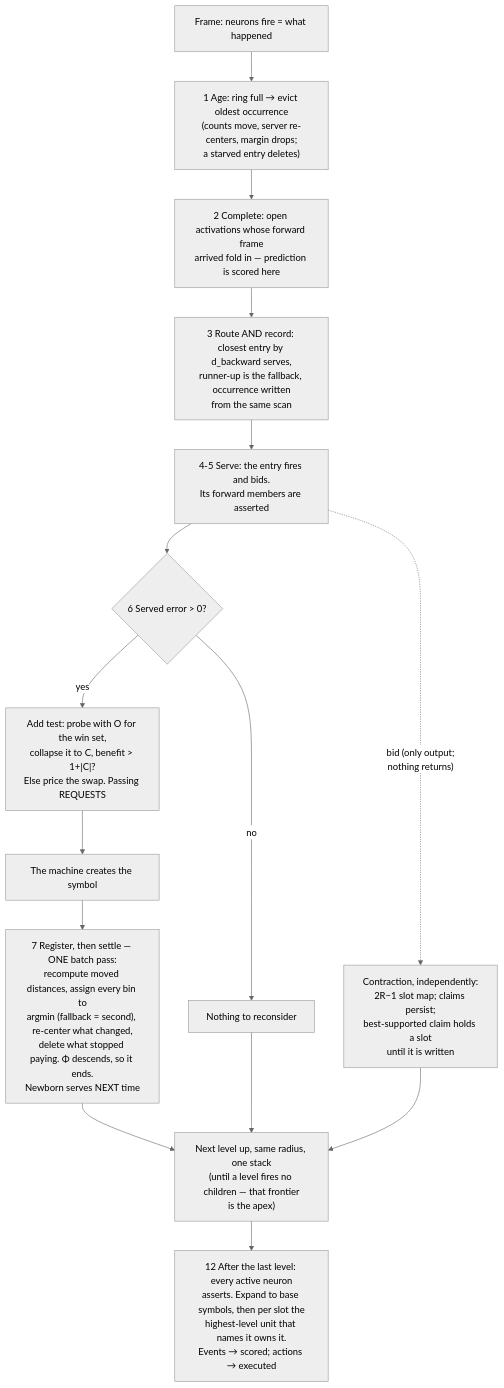
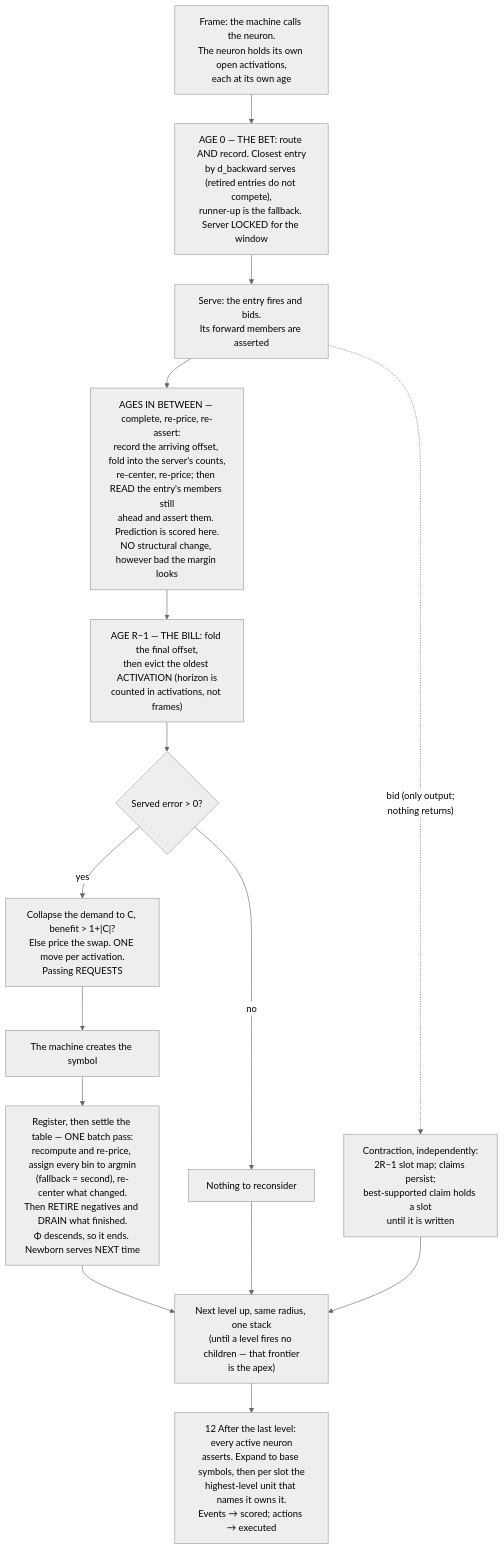
Before and after one commit to cucar/robot_brain: the diagram in docs/algorithm.md, drawn with Mermaid (neutral theme). The commit also changed other lines of this file, not shown here.

First line of the commit message:
docs: priced continuously, restructured at the bill

````diff
--- a/docs/algorithm.md
+++ b/docs/algorithm.md
@@ -940,17 +1066,17 @@
 ```mermaid
 flowchart TD
-    A["Frame: neurons fire = what happened"] --> B["1 Age: ring full → evict oldest occurrence<br/>(counts move, server re-centers, margin drops;<br/>a starved entry deletes)"]
-    B --> C["2 Complete: open activations whose forward frame<br/>arrived fold in — prediction is scored here"]
-    C --> D["3 Route AND record: closest entry by d_backward serves,<br/>runner-up is the fallback, occurrence written<br/>from the same scan"]
-    D --> E["4-5 Serve: the entry fires and bids.<br/>Its forward members are asserted"]
+    A["Frame: the machine calls the neuron.<br/>The neuron holds its own open activations,<br/>each at its own age"] --> D["AGE 0 — THE BET: route AND record. Closest entry<br/>by d_backward serves (retired entries do not compete),<br/>runner-up is the fallback. Server LOCKED for the window"]
+    D --> E["Serve: the entry fires and bids.<br/>Its forward members are asserted"]
     E -.->|"bid (only output;<br/>nothing returns)"| X["Contraction, independently:<br/>2R−1 slot map; claims persist;<br/>best-supported claim holds a slot<br/>until it is written"]
-    E --> L{"6 Served error > 0?"}
-    L -->|yes| M["Add test: probe with O for the win set,<br/>collapse it to C, benefit > 1+|C|?<br/>Else price the swap. Passing REQUESTS"]
+    E --> C["AGES IN BETWEEN — complete, re-price, re-assert:<br/>record the arriving offset, fold into the server's counts,<br/>re-center, re-price; then READ the entry's members still<br/>ahead and assert them. Prediction is scored here.<br/>NO structural change, however bad the margin looks"]
+    C --> B["AGE R−1 — THE BILL: fold the final offset,<br/>then evict the oldest ACTIVATION (horizon is<br/>counted in activations, not frames)"]
+    B --> L{"Served error > 0?"}
+    L -->|yes| M["Collapse the demand to C, benefit > 1+|C|?<br/>Else price the swap. ONE move per activation.<br/>Passing REQUESTS"]
     M --> P["The machine creates the symbol"]
-    P --> Q["7 Register, then settle — ONE batch pass:<br/>recompute moved distances, assign every bin to<br/>argmin (fallback = second), re-center what changed,<br/>delete what stopped paying. Φ descends, so it ends.<br/>Newborn serves NEXT time"]
+    P --> Q["Register, then settle the table — ONE batch pass:<br/>recompute and re-price, assign every bin to argmin<br/>(fallback = second), re-center what changed.<br/>Then RETIRE negatives and DRAIN what finished.<br/>Φ descends, so it ends. Newborn serves NEXT time"]
     L -->|no| N["Nothing to reconsider"]
     Q --> O["Next level up, same radius, one stack<br/>(until a level fires no children — that frontier<br/>is the apex)"]
     N --> O
     X --> O
     O --> Y["12 After the last level: every active neuron<br/>asserts. Expand to base symbols, then per slot the<br/>highest-level unit that names it owns it.<br/>Events → scored; actions → executed"]
 ```
````
